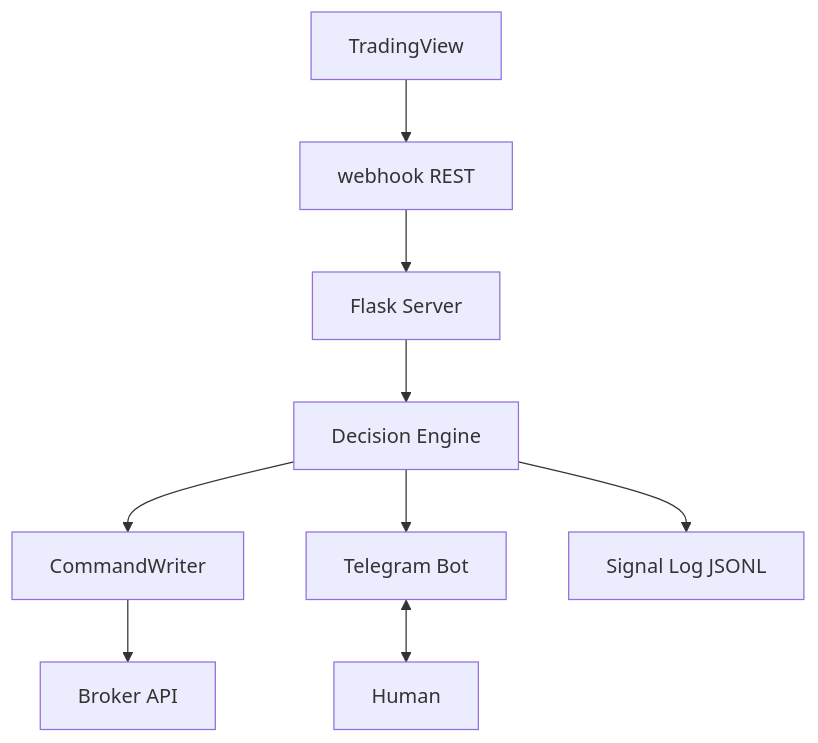
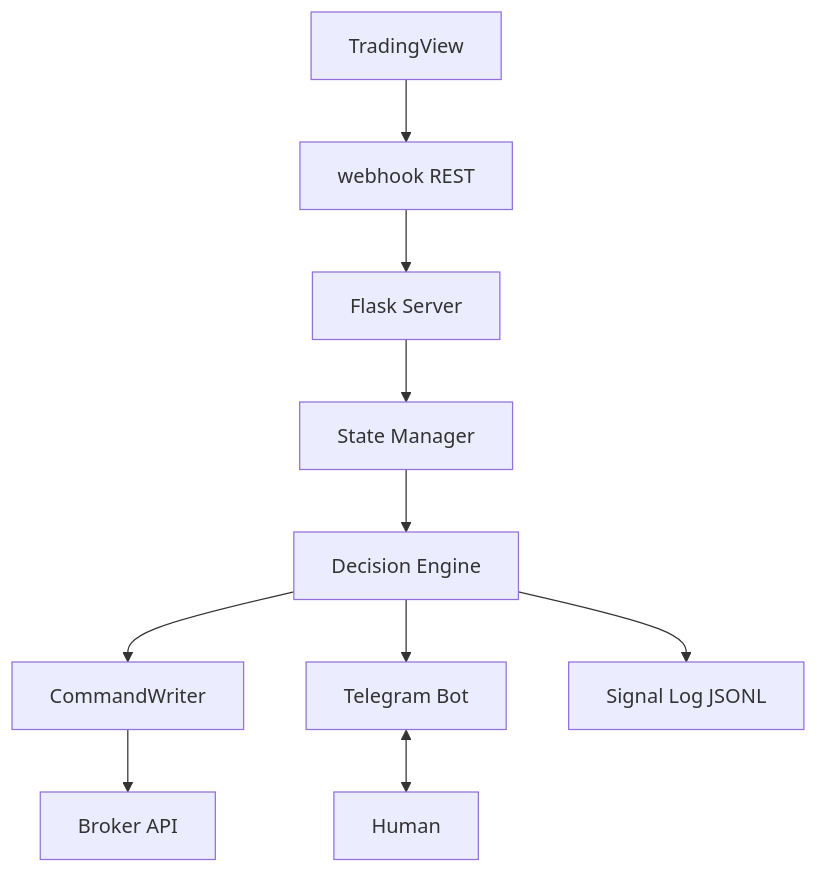
Before and after one commit to yuipan0611/yui-quant-lab: the first of 2 diagrams in README.md, drawn with Mermaid. The commit also changed other lines of this file and 29 other files, not shown here.

````diff
--- a/README.md
+++ b/README.md
@@ -7,18 +14,19 @@
 ```mermaid
 flowchart TB
   TV[TradingView]
   WH[webhook REST]
   Flask[Flask Server]
+  SM[State Manager]
   DE[Decision Engine]
   CW[CommandWriter]
   Broker[Broker API]
   TG[Telegram Bot]
   Human[Human]
   Log[Signal Log JSONL]
 
-  TV --> WH --> Flask --> DE
+  TV --> WH --> Flask --> SM --> DE
   DE --> CW --> Broker
   DE --> TG
   TG <--> Human
   DE --> Log
 ```
````
